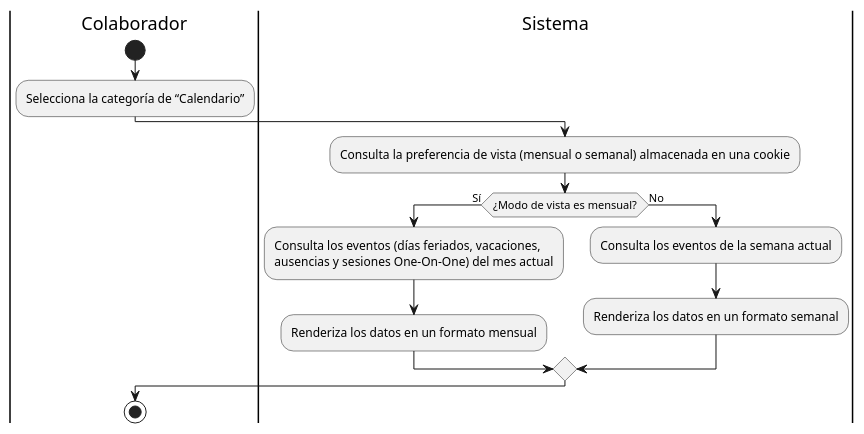
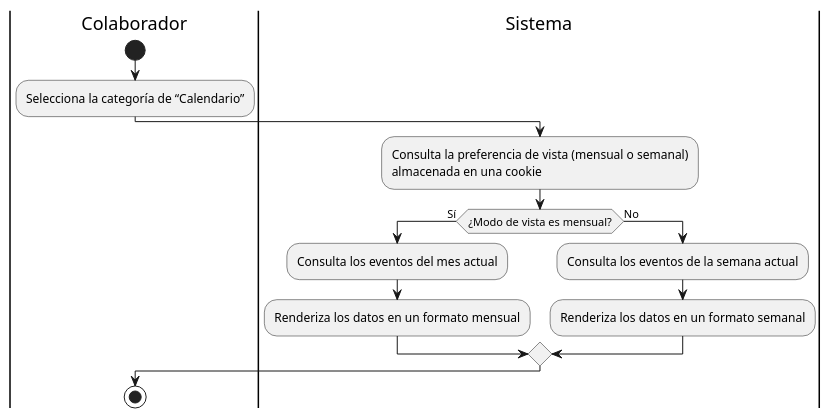
The diagram in diagrams/Casos de Uso/mundo req fun/Diagramas actividad/CU02.puml (EdCanCe/WorkCells), drawn with PlantUML before and after one commit.

Commit message:
Modificando diagrama de actividad

```diff
--- a/diagrams/Casos de Uso/mundo req fun/Diagramas actividad/CU02.puml
+++ b/diagrams/Casos de Uso/mundo req fun/Diagramas actividad/CU02.puml
@@ -1,19 +1,18 @@
 @startuml
 |Colaborador|
 start
 :Selecciona la categoría de “Calendario”;
 
 |Sistema|
-:Consulta la preferencia de vista (mensual o semanal) almacenada en una cookie;
+:Consulta la preferencia de vista (mensual o semanal)\nalmacenada en una cookie;
 if (¿Modo de vista es mensual?) then (Sí)
-    :Consulta los eventos (días feriados, vacaciones,
-    ausencias y sesiones One-On-One) del mes actual;
+    :Consulta los eventos del mes actual;
     :Renderiza los datos en un formato mensual;
 else (No)
     :Consulta los eventos de la semana actual;
     :Renderiza los datos en un formato semanal;
 endif
 
 |Colaborador|
 stop
 @enduml
```
